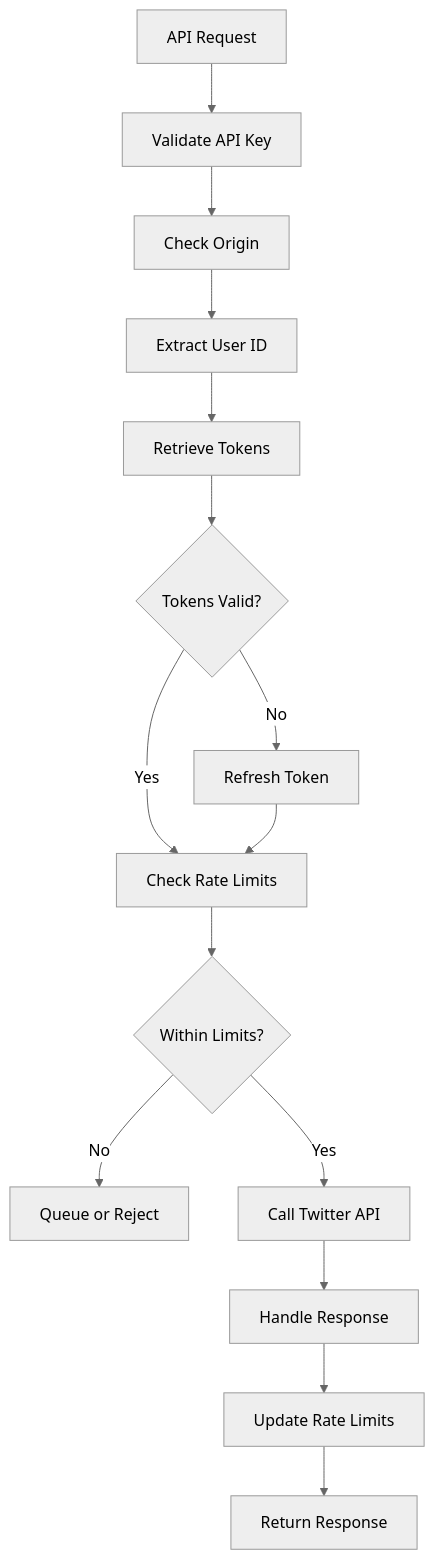
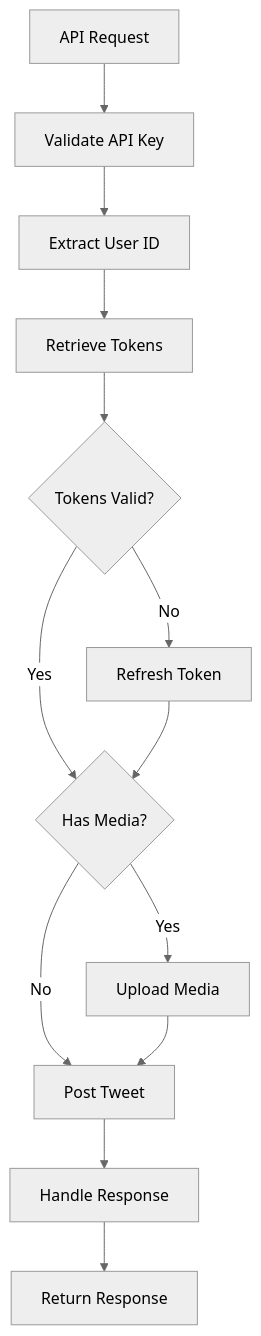
The tenth of 12 diagrams in memory-bank/systemPatterns.md (open-crosspost/open-crosspost-proxy-service), drawn with Mermaid (neutral theme) before and after one commit. The commit also changed other lines of this file and 11 other files, not shown here.

````diff
--- a/memory-bank/systemPatterns.md
+++ b/memory-bank/systemPatterns.md
@@ -165,17 +230,17 @@
 ```mermaid
 flowchart TD
     Start[API Request] --> ValidateAPIKey[Validate API Key]
-    ValidateAPIKey --> CheckOrigin[Check Origin]
-    CheckOrigin --> GetUserId[Extract User ID]
-    GetUserId --> GetTokens[Retrieve Tokens]
+    ValidateAPIKey --> ExtractUserId[Extract User ID]
+    ExtractUserId --> GetTokens[Retrieve Tokens]
     GetTokens --> CheckTokens{Tokens Valid?}
     CheckTokens -->|No| RefreshToken[Refresh Token]
-    CheckTokens -->|Yes| CheckRateLimit[Check Rate Limits]
-    RefreshToken --> CheckRateLimit
-    CheckRateLimit --> AllowedRate{Within Limits?}
-    AllowedRate -->|No| QueueOrReject[Queue or Reject]
-    AllowedRate -->|Yes| CallTwitter[Call Twitter API]
-    CallTwitter --> HandleResponse[Handle Response]
-    HandleResponse --> UpdateRateLimits[Update Rate Limits]
-    UpdateRateLimits --> ReturnResponse[Return Response]
+    CheckTokens -->|Yes| ProcessMedia{Has Media?}
+    RefreshToken --> ProcessMedia
+    
+    ProcessMedia -->|Yes| UploadMedia[Upload Media]
+    ProcessMedia -->|No| PostTweet[Post Tweet]
+    UploadMedia --> PostTweet
+    
+    PostTweet --> HandleResponse[Handle Response]
+    HandleResponse --> ReturnResponse[Return Response]
 ```
````
